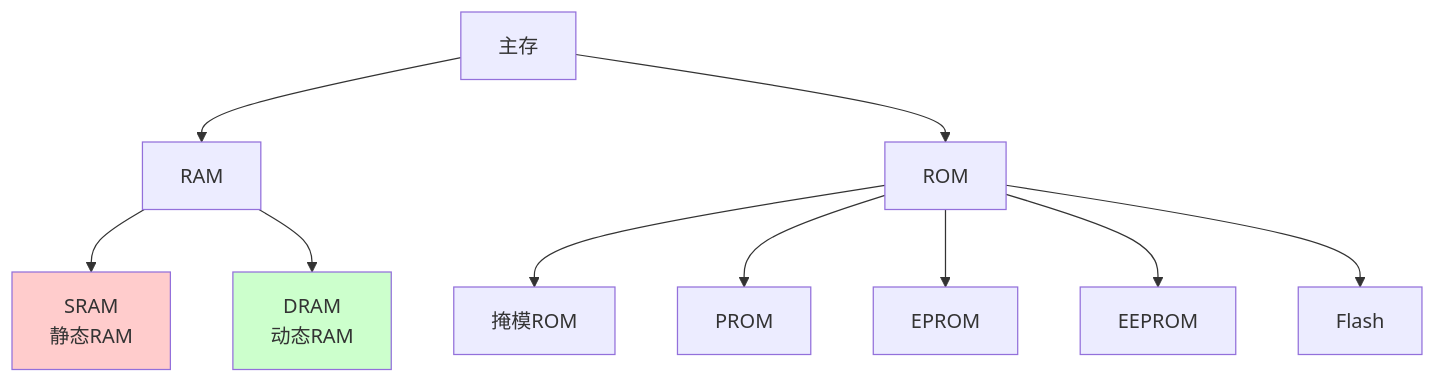
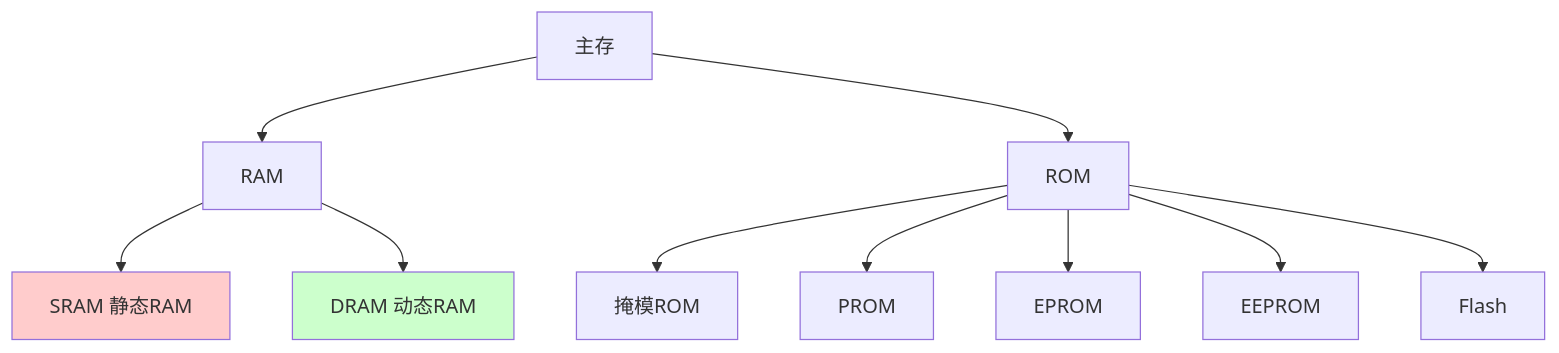
One commit to gilismael826-lgtm/course changed the third of 3 diagrams in 计算机组成原理/notes/章节笔记/第3章-存储系统/第3章-3.1-存储系统概述.md. Above: the diagram before and after it, drawn with Mermaid. The commit also changed other lines of this file and 28 other files, not shown here.

````diff
--- a/计算机组成原理/notes/章节笔记/第3章-存储系统/第3章-3.1-存储系统概述.md
+++ b/计算机组成原理/notes/章节笔记/第3章-存储系统/第3章-3.1-存储系统概述.md
@@ -116,15 +128,15 @@
 ```mermaid
 graph TB
     A[主存] --> B[RAM]
     A --> C[ROM]
-    B --> D[SRAM<br/>静态RAM]
-    B --> E[DRAM<br/>动态RAM]
+    B --> D[SRAM 静态RAM]
+    B --> E[DRAM 动态RAM]
     C --> F[掩模ROM]
     C --> G[PROM]
     C --> H[EPROM]
     C --> I[EEPROM]
     C --> J[Flash]
     
     style D fill:#ffcccc
     style E fill:#ccffcc
 ```
````
